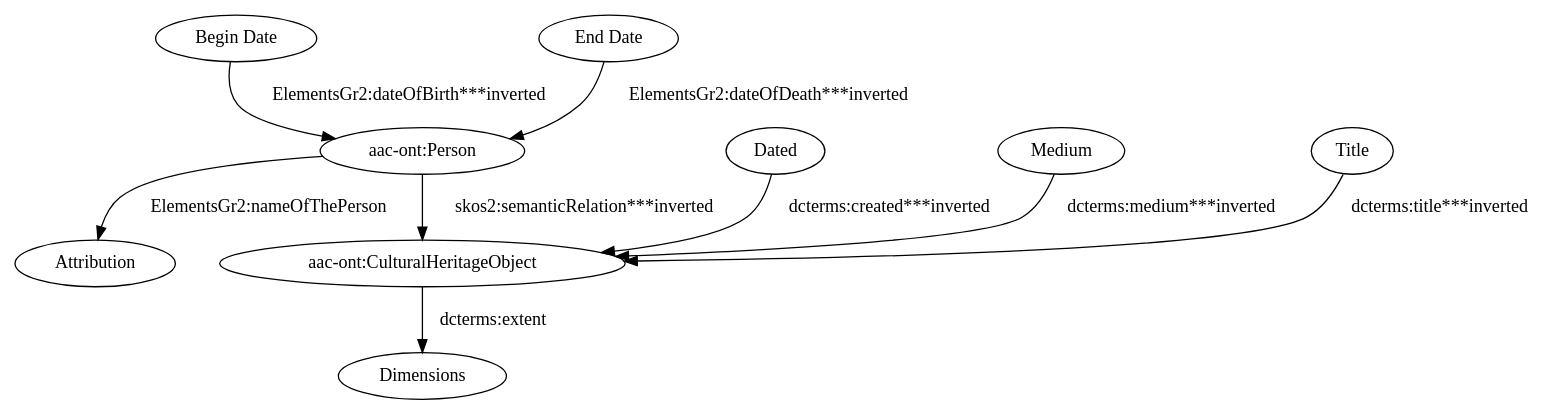
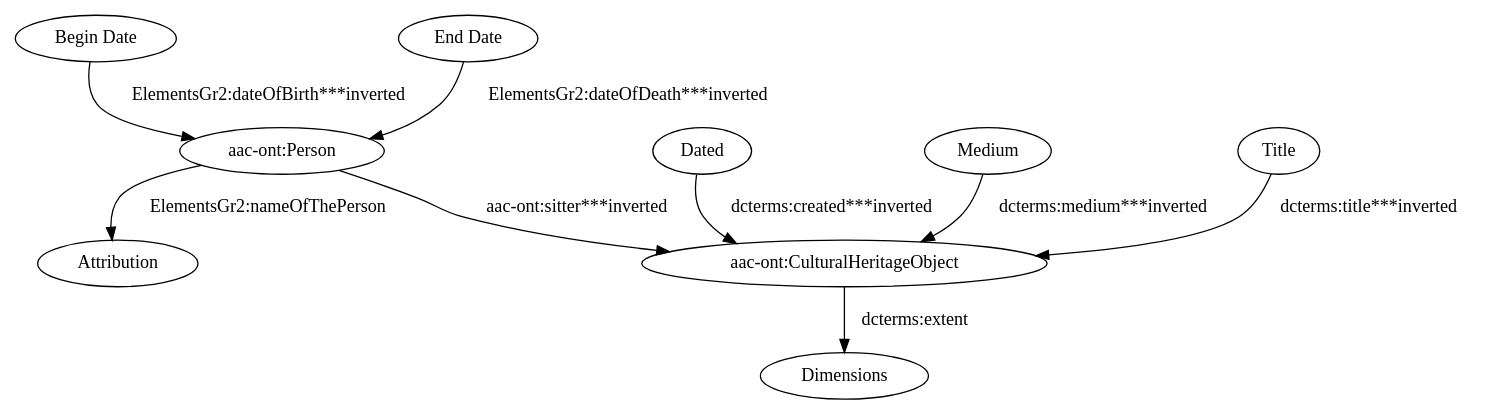
The diagram in data/taheriyan2016/task_03/semantic_models/steiner/dot/s01-cb.dot (giuseppefutia/semi), drawn with Graphviz before and after one commit. The commit also changed 311 other files, not shown here.

```diff
--- a/data/taheriyan2016/task_03/semantic_models/steiner/dot/s01-cb.dot
+++ b/data/taheriyan2016/task_03/semantic_models/steiner/dot/s01-cb.dot
@@ -1,19 +1,19 @@
 digraph {
   "Begin Date" [type=attribute_name,label="Begin Date"]
   "aac-ont:Person1" [type=class_uri,label="aac-ont:Person"]
   Dated [type=attribute_name,label=Dated]
   "aac-ont:CulturalHeritageObject1" [type=class_uri,label="aac-ont:CulturalHeritageObject"]
   "End Date" [type=attribute_name,label="End Date"]
   Medium [type=attribute_name,label=Medium]
   Title [type=attribute_name,label=Title]
   Dimensions [type=attribute_name,label=Dimensions]
   Attribution [type=attribute_name,label=Attribution]
   "Begin Date" -> "aac-ont:Person1" [type=st_property_uri,label="ElementsGr2:dateOfBirth***inverted",weight=1]
   Dated -> "aac-ont:CulturalHeritageObject1" [type=st_property_uri,label="dcterms:created***inverted",weight=1]
   "End Date" -> "aac-ont:Person1" [type=st_property_uri,label="ElementsGr2:dateOfDeath***inverted",weight=1]
   Medium -> "aac-ont:CulturalHeritageObject1" [type=st_property_uri,label="dcterms:medium***inverted",weight=1]
   Title -> "aac-ont:CulturalHeritageObject1" [type=st_property_uri,label="dcterms:title***inverted",weight=1]
   "aac-ont:CulturalHeritageObject1" -> Dimensions [label="dcterms:extent",type=st_property_uri]
   "aac-ont:Person1" -> Attribution [label="ElementsGr2:nameOfThePerson",type=st_property_uri]
-  "aac-ont:Person1" -> "aac-ont:CulturalHeritageObject1" [type=inherited,label="skos2:semanticRelation***inverted",weight=4]
+  "aac-ont:Person1" -> "aac-ont:CulturalHeritageObject1" [type=direct_property_uri,label="aac-ont:sitter***inverted",weight=1]
 }
```
